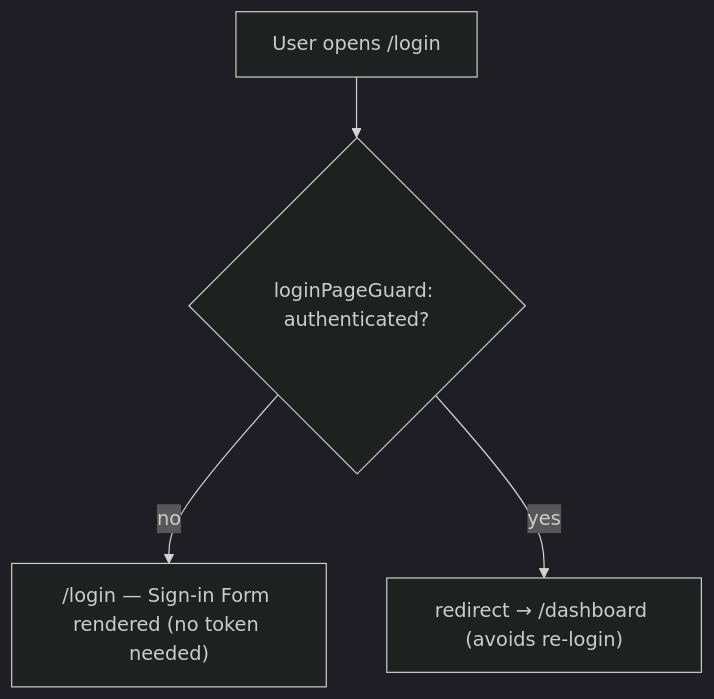
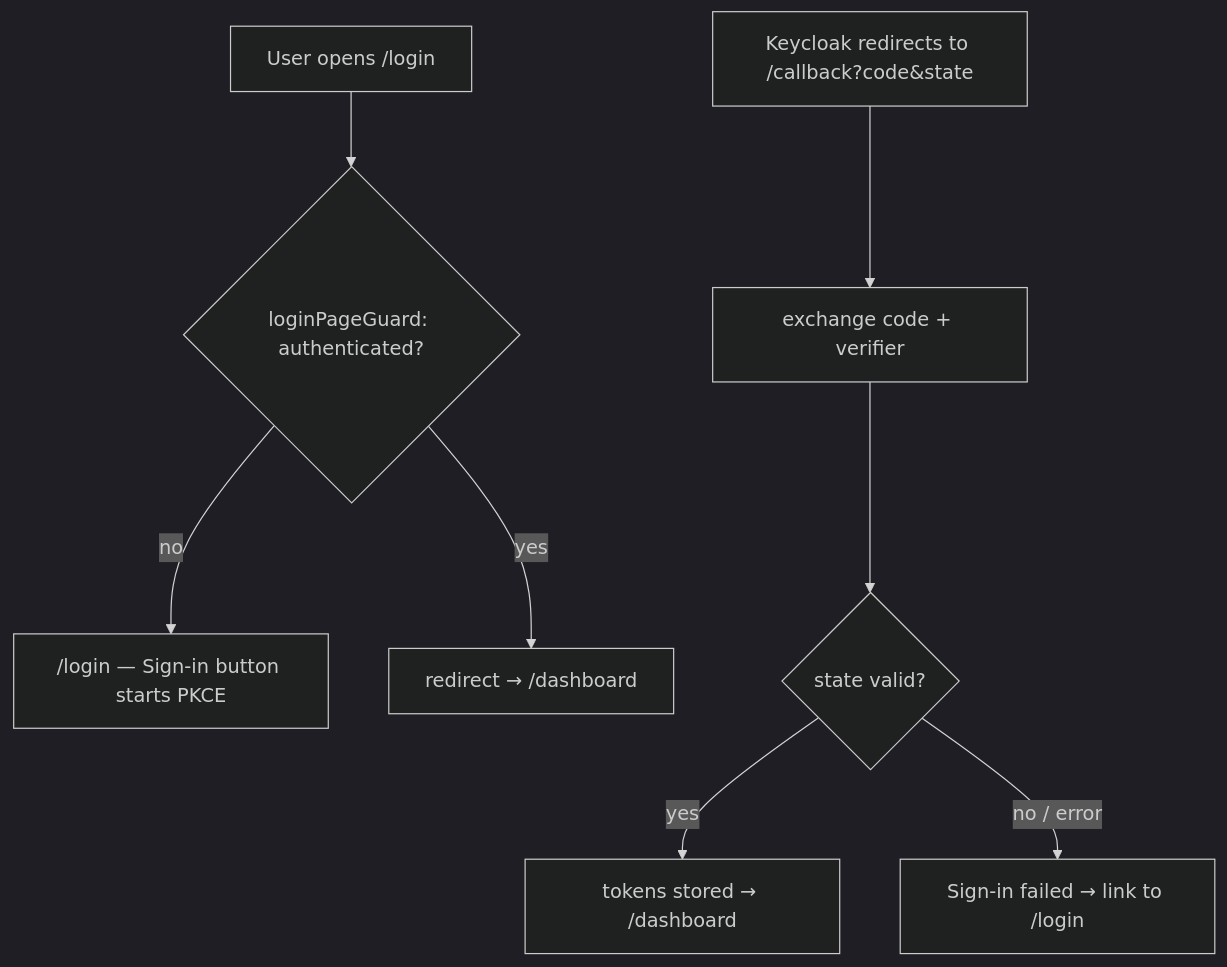
The fifth of 6 diagrams in docs/auth/authentication-authorization.md (MatheusWith/Rumoo), drawn with Mermaid (dark theme) before and after one commit. The commit also changed other lines of this file and 19 other files, not shown here.

First line of the commit message:
feat(frontend): migrate auth from ROPC to Authorization Code + PKCE

````diff
--- a/docs/auth/authentication-authorization.md
+++ b/docs/auth/authentication-authorization.md
@@ -257,6 +253,10 @@
 ```mermaid
 flowchart TD
-    P["User opens /login"] --> G{loginPageGuard: authenticated?}
-    G -->|"no"| H["/login — Sign-in Form rendered (no token needed)"]
-    G -->|"yes"| I["redirect → /dashboard (avoids re-login)"]
+    L["User opens /login"] --> LG{loginPageGuard: authenticated?}
+    LG -->|"no"| LH["/login — Sign-in button starts PKCE"]
+    LG -->|"yes"| LD["redirect → /dashboard"]
+    C["Keycloak redirects to /callback?code&state"] --> CL["exchange code + verifier"]
+    CL --> CS{"state valid?"}
+    CS -->|"yes"| CD["tokens stored → /dashboard"]
+    CS -->|"no / error"| CE["Sign-in failed → link to /login"]
 ```
````
